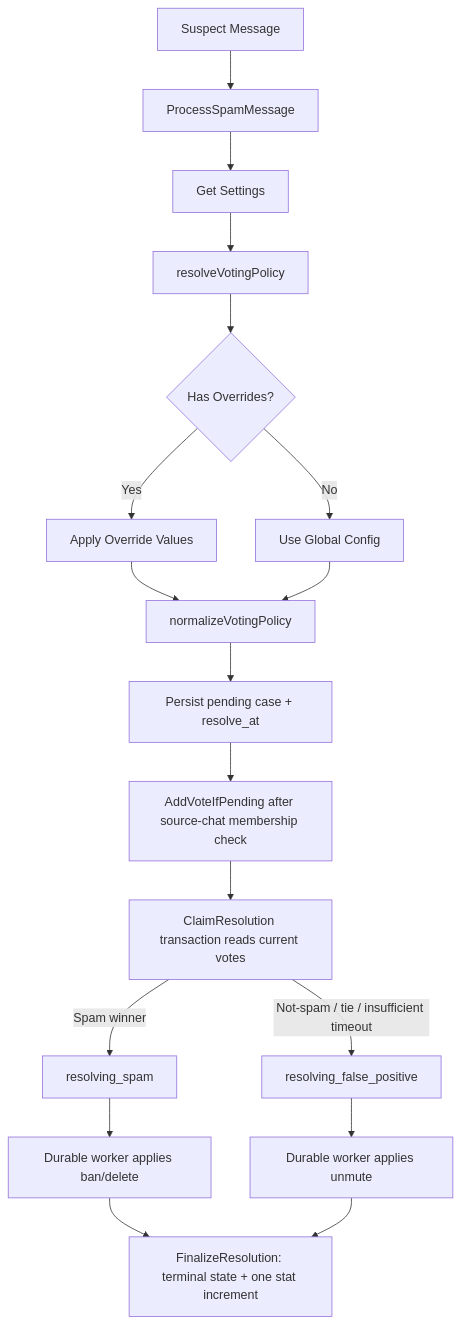
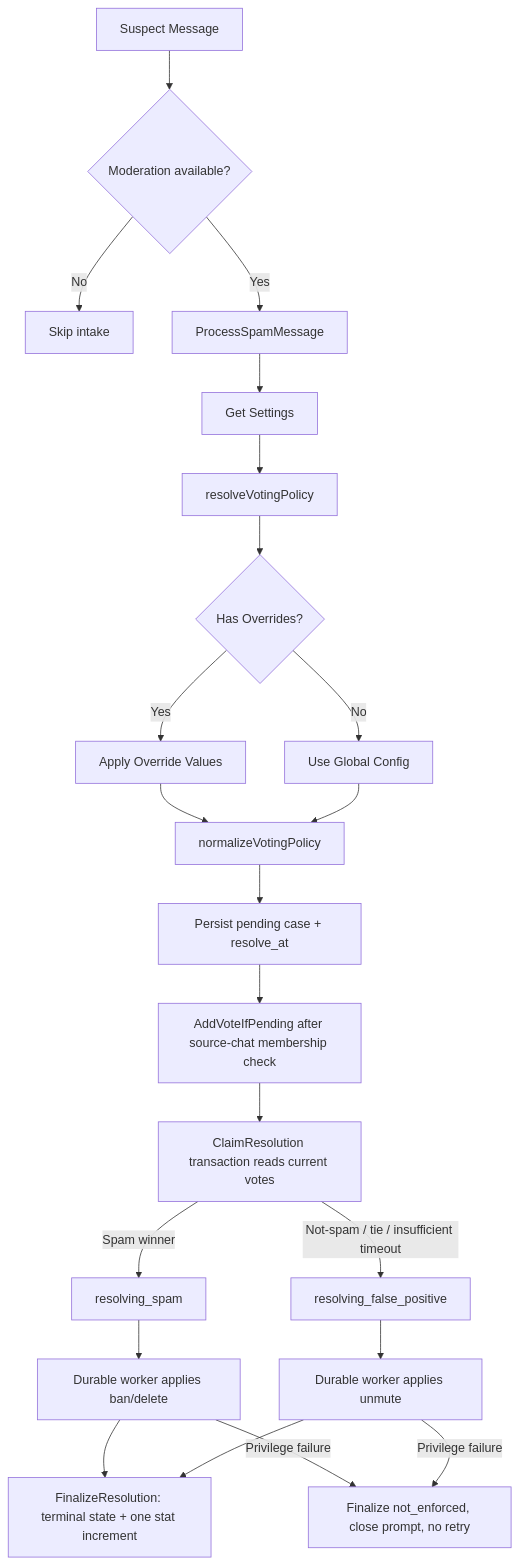
One commit to iamwavecut/ngbot changed the tenth of 11 diagrams in docs/CODEBASE_MAP.md. Above: the diagram before and after it, drawn with Mermaid. The commit also changed other lines of this file and 29 other files, not shown here.

````diff
--- a/docs/CODEBASE_MAP.md
+++ b/docs/CODEBASE_MAP.md
@@ -1005,20 +1034,24 @@
 ```mermaid
 flowchart TD
-    A[Suspect Message] --> B[ProcessSpamMessage]
+    A[Suspect Message] --> R{Moderation available?}
+    R -->|No| Q[Skip intake]
+    R -->|Yes| B[ProcessSpamMessage]
     B --> C[Get Settings]
     C --> D[resolveVotingPolicy]
     D --> E{Has Overrides?}
     E -->|Yes| F[Apply Override Values]
     E -->|No| G[Use Global Config]
     F --> H[normalizeVotingPolicy]
     G --> H
     H --> I[Persist pending case + resolve_at]
     I --> J[AddVoteIfPending after source-chat membership check]
     J --> K[ClaimResolution transaction reads current votes]
     K -->|Spam winner| L[resolving_spam]
     K -->|Not-spam / tie / insufficient timeout| M[resolving_false_positive]
     L --> N[Durable worker applies ban/delete]
     M --> O[Durable worker applies unmute]
     N --> P[FinalizeResolution: terminal state + one stat increment]
     O --> P
+    N -->|Privilege failure| Z[Finalize not_enforced, close prompt, no retry]
+    O -->|Privilege failure| Z
 ```
````
